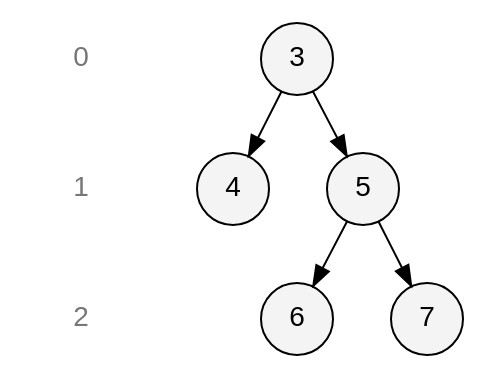
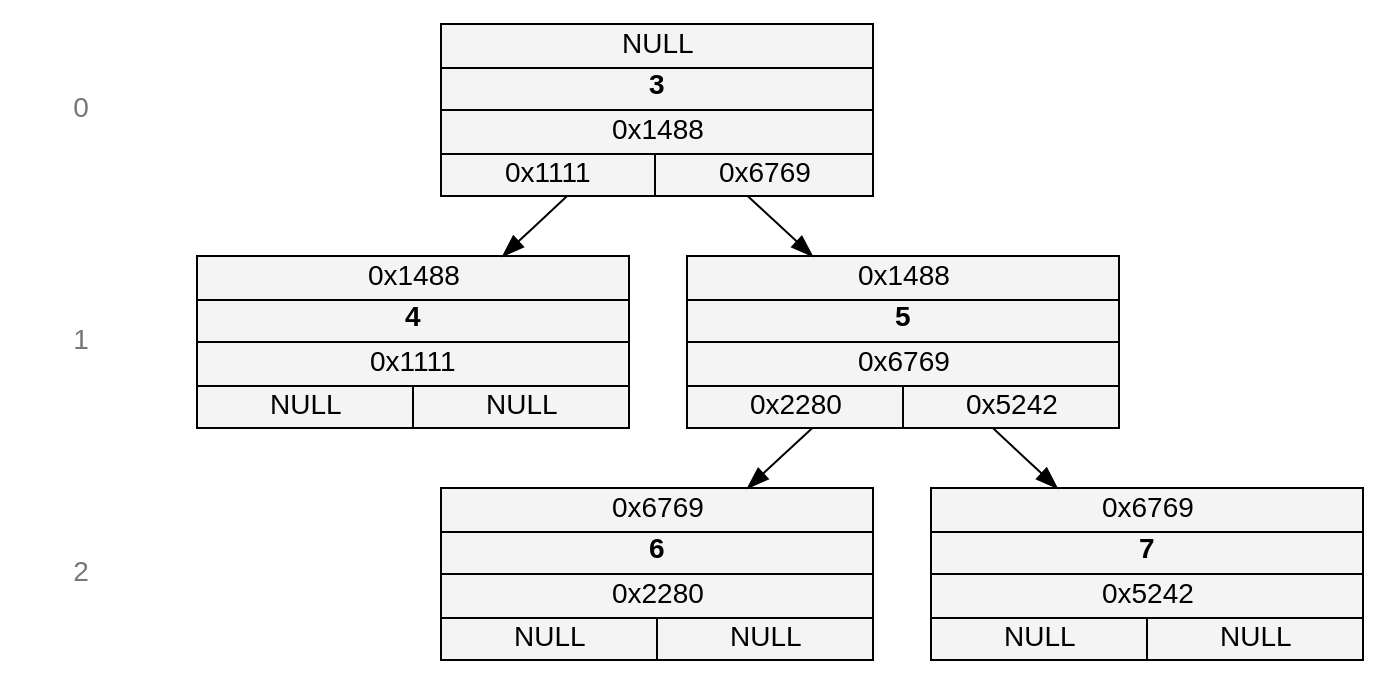
One commit to T04-ka/Binary-Tree changed the diagram in ex_tree.dot. Above: the diagram before and after it, drawn with Graphviz. The commit also changed 8 other files, not shown here.

```diff
--- a/ex_tree.dot
+++ b/ex_tree.dot
@@ -1,41 +1,42 @@
 digraph G {
     rankdir=TB;
     nodesep=0.4;
     ranksep=0.4;
     splines=true;
 
-    node [shape=circle, style=filled, fillcolor="#F4F4F4", width=0.5, fixedsize=true, fontname="Arial"];
+    node [shape=record, style=filled, fillcolor="#F4F4F4", width=3, height=1.2, fixedsize=true, fontname="Arial"];
 
     subgraph levels {
+
         node [shape=plaintext, width=0.8, style=filled, fillcolor=none, fontname="Arial", fontcolor="#777777"];
 
         // Вертикальный каркас для левой колонки
         L_0 [label="0"];
         L_1 [label="1"];
         L_2 [label="2"];
 
         L_0 -> L_1 -> L_2 [style=invis];
     }
 
-    node_0x1488 [label="3"];
+    node_0x1488 [label=<{ {NULL} | {<b>3</b>} | {0x1488} | { 0x1111 | 0x6769} }>];
     { rank=same; node_0x1488; L_0 };
 
-    node_0x1111[label="4"];
+    node_0x1111[label=<{ {0x1488} | {<b>4</b>} | {0x1111} | { NULL | NULL} }>];
     { rank=same; node_0x1111; L_1 };
 
-    node_0x6769[label="5"];
+    node_0x6769[label=<{ {0x1488} | {<b>5</b>} | {0x6769} | { 0x2280 | 0x5242} }>];
     { rank=same; node_0x6769; L_1 };
 
-    node_0x2280[label="6"];
+    node_0x2280[label=<{ {0x6769} | {<b>6</b>} | {0x2280} | { NULL | NULL} }>];
     { rank=same; node_0x2280; L_2 };
 
-    node_0x5242[label="7"];
+    node_0x5242[label=<{ {0x6769} | {<b>7</b>} | {0x5242} | { NULL | NULL} }>];
     { rank=same; node_0x5242; L_2 };
 
 
     node_0x1488 -> node_0x1111;
     node_0x1488 -> node_0x6769;
 
     node_0x6769 -> node_0x2280;
     node_0x6769 -> node_0x5242;
 }
```
